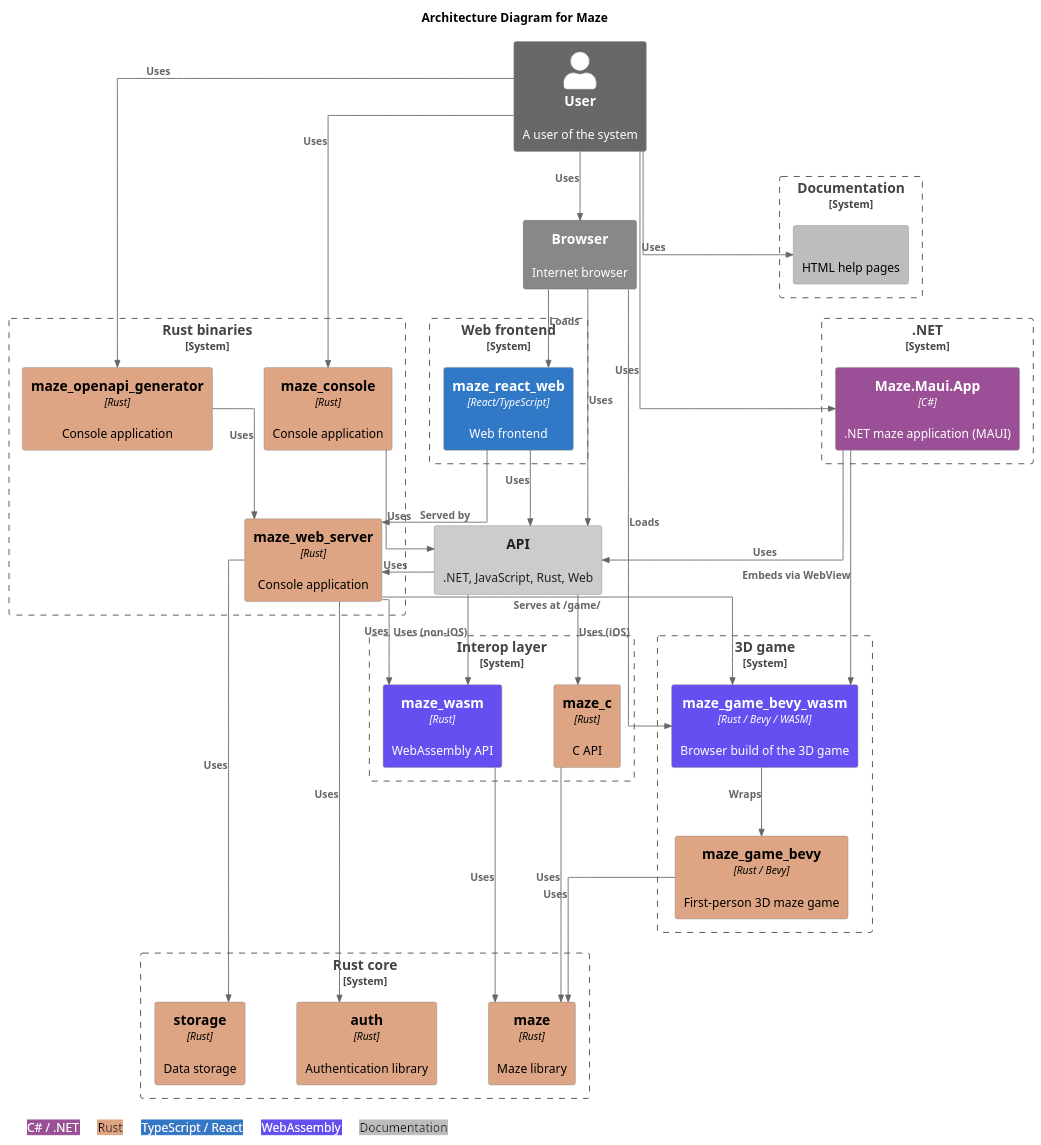
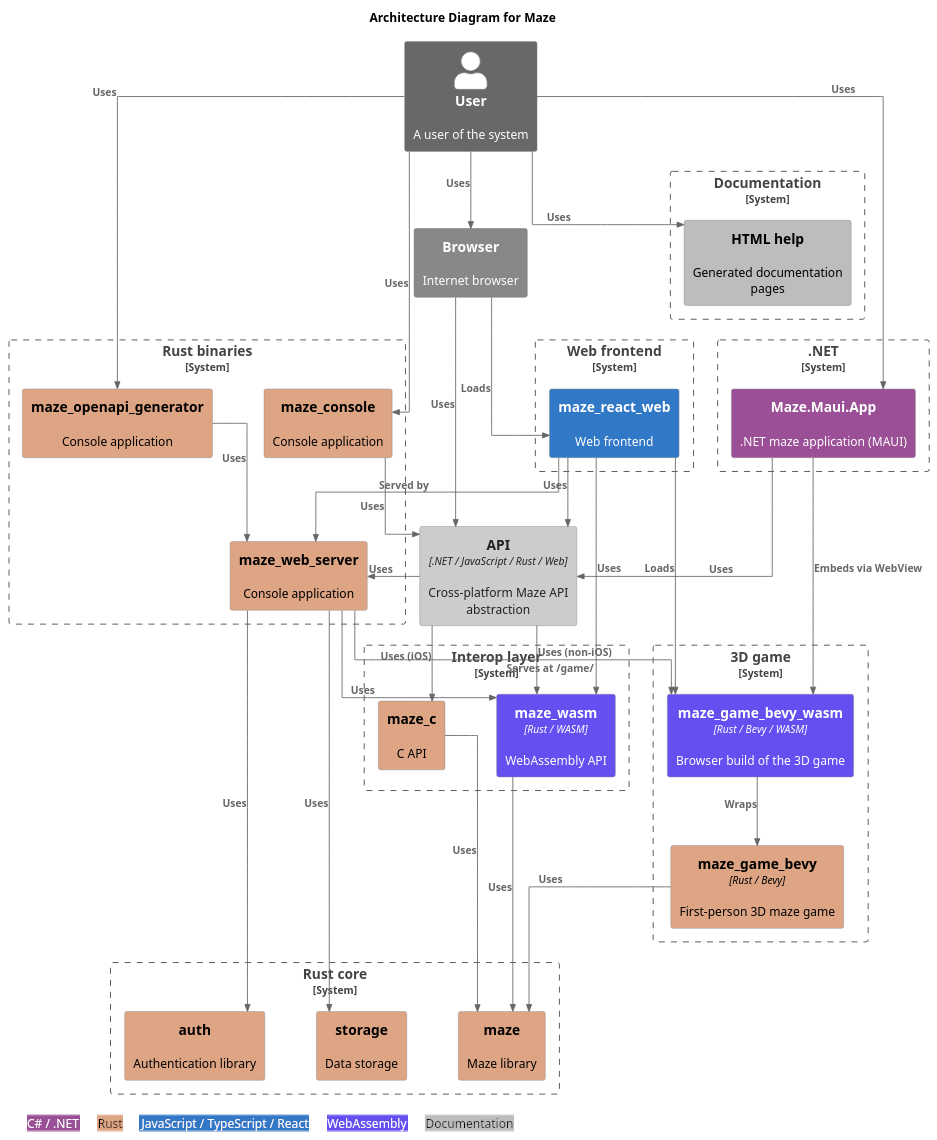
Before and after one commit to budgiedownunder/maze: the diagram in docs/diagrams/architecture.puml, drawn with PlantUML. The commit also changed 1 other file, not shown here.

Commit message:
docs(diagrams): tidy element labels, broaden ts tag for JavaScript, and re-point WASM load/use links to the React frontend

```diff
--- a/docs/diagrams/architecture.puml
+++ b/docs/diagrams/architecture.puml
@@ -2,91 +2,92 @@
 @startuml architecture
 
 !include https://raw.githubusercontent.com/plantuml-stdlib/C4-PlantUML/master/C4_Container.puml
 
 LAYOUT_TOP_DOWN()
 HIDE_STEREOTYPE()
 skinparam linetype ortho
 skinparam nodesep 60
 skinparam ranksep 80
 
 UpdateElementStyle("container", $bgColor="#cccccc", $fontColor="#222222", $borderColor="#888888")
 UpdateElementStyle("external_container", $bgColor="#888888", $fontColor="#ffffff", $borderColor="#666666")
 
 AddElementTag("rust",   $bgColor="#dea584", $fontColor="#000000", $legendText="Rust")
 AddElementTag("csharp", $bgColor="#9b4f96", $fontColor="#ffffff", $legendText="C# / .NET")
-AddElementTag("ts",     $bgColor="#3178c6", $fontColor="#ffffff", $legendText="TypeScript / React")
+AddElementTag("ts",     $bgColor="#3178c6", $fontColor="#ffffff", $legendText="JavaScript / TypeScript / React")
 AddElementTag("wasm",   $bgColor="#654ff0", $fontColor="#ffffff", $legendText="WebAssembly")
 AddElementTag("doc",    $bgColor="#bdbdbd", $fontColor="#000000", $legendText="Documentation")
 
 title Architecture Diagram for Maze
 
 Person_Ext(user, "User", "A user of the system")
 
 Container_Ext(browser, "Browser", "", "Internet browser")
-Container(api, "API", "", ".NET, JavaScript, Rust, Web")
+Container(api, "API", ".NET / JavaScript / Rust / Web", "Cross-platform Maze API abstraction")
 
 System_Boundary(b_rust_core, "Rust core") {
-    Container(maze, "maze", "Rust", "Maze library", $tags="rust")
-    Container(auth, "auth", "Rust", "Authentication library", $tags="rust")
-    Container(storage, "storage", "Rust", "Data storage", $tags="rust")
+    Container(maze, "maze", "", "Maze library", $tags="rust")
+    Container(auth, "auth", "", "Authentication library", $tags="rust")
+    Container(storage, "storage", "", "Data storage", $tags="rust")
 }
 
 System_Boundary(b_rust_bins, "Rust binaries") {
-    Container(maze_web_server, "maze_web_server", "Rust", "Console application", $tags="rust")
-    Container(maze_console, "maze_console", "Rust", "Console application", $tags="rust")
-    Container(maze_openapi_generator, "maze_openapi_generator", "Rust", "Console application", $tags="rust")
+    Container(maze_web_server, "maze_web_server", "", "Console application", $tags="rust")
+    Container(maze_console, "maze_console", "", "Console application", $tags="rust")
+    Container(maze_openapi_generator, "maze_openapi_generator", "", "Console application", $tags="rust")
 }
 
 System_Boundary(b_interop, "Interop layer") {
-    Container(maze_wasm, "maze_wasm", "Rust", "WebAssembly API", $tags="wasm")
-    Container(maze_c, "maze_c", "Rust", "C API", $tags="rust")
+    Container(maze_wasm, "maze_wasm", "Rust / WASM", "WebAssembly API", $tags="wasm")
+    Container(maze_c, "maze_c", "", "C API", $tags="rust")
 }
 
 System_Boundary(b_dotnet, ".NET") {
-    Container(maze_maui_app_net, "Maze.Maui.App", "C#", ".NET maze application (MAUI)", $tags="csharp")
+    Container(maze_maui_app_net, "Maze.Maui.App", "", ".NET maze application (MAUI)", $tags="csharp")
 }
 
 System_Boundary(b_web, "Web frontend") {
-    Container(maze_react_web, "maze_react_web", "React/TypeScript", "Web frontend", $tags="ts")
+    Container(maze_react_web, "maze_react_web", "", "Web frontend", $tags="ts")
 }
 
 System_Boundary(b_game, "3D game") {
     Container(maze_game_bevy, "maze_game_bevy", "Rust / Bevy", "First-person 3D maze game", $tags="rust")
     Container(maze_game_bevy_wasm, "maze_game_bevy_wasm", "Rust / Bevy / WASM", "Browser build of the 3D game", $tags="wasm")
 }
 
 System_Boundary(b_docs, "Documentation") {
-    Container(html_help, "", "", "HTML help pages", $tags="doc")
+    Container(html_help, "HTML help", "", "Generated documentation pages", $tags="doc")
 }
 
 Rel(user, browser, "Uses")
 Rel(maze_react_web, maze_web_server, "Served by")
 Rel(user, html_help, "Uses")
 Rel(user, maze_console, "Uses")
 Rel(user, maze_maui_app_net, "Uses")
 Rel(user, maze_openapi_generator, "Uses")
 Rel(browser, api, "Uses")
 Rel(browser, maze_react_web, "Loads")
 Rel(maze_react_web, api, "Uses")
 Rel(maze_console, api, "Uses")
 Rel(maze_maui_app_net, api, "Uses")
 Rel(maze_openapi_generator, maze_web_server, "Uses")
 Rel(maze_c, maze, "Uses")
 Rel(maze_wasm, maze, "Uses")
 Rel(api, maze_wasm, "Uses (non-iOS)")
 Rel(api, maze_c, "Uses (iOS)")
 Rel(api, maze_web_server, "Uses")
 Rel(maze_web_server, maze_wasm, "Uses")
 Rel(maze_web_server, auth, "Uses")
 Rel(maze_web_server, storage, "Uses")
 Rel(maze_game_bevy, maze, "Uses")
 Rel(maze_game_bevy_wasm, maze_game_bevy, "Wraps")
 Rel(maze_web_server, maze_game_bevy_wasm, "Serves at /game/")
-Rel(browser, maze_game_bevy_wasm, "Loads")
+Rel(maze_react_web, maze_game_bevy_wasm, "Loads")
+Rel(maze_react_web, maze_wasm, "Uses")
 Rel(maze_maui_app_net, maze_game_bevy_wasm, "Embeds via WebView")
 
 legend bottom left
-| <back:#9b4f96><color:#ffffff>  C# / .NET  </color></back> | <back:#dea584><color:#000000>  Rust  </color></back> | <back:#3178c6><color:#ffffff>  TypeScript / React  </color></back> | <back:#654ff0><color:#ffffff>  WebAssembly  </color></back> | <back:#bdbdbd><color:#000000>  Documentation  </color></back> |
+| <back:#9b4f96><color:#ffffff>  C# / .NET  </color></back> | <back:#dea584><color:#000000>  Rust  </color></back> | <back:#3178c6><color:#ffffff>  JavaScript / TypeScript / React  </color></back> | <back:#654ff0><color:#ffffff>  WebAssembly  </color></back> | <back:#bdbdbd><color:#000000>  Documentation  </color></back> |
 endlegend
 
 @enduml
```
